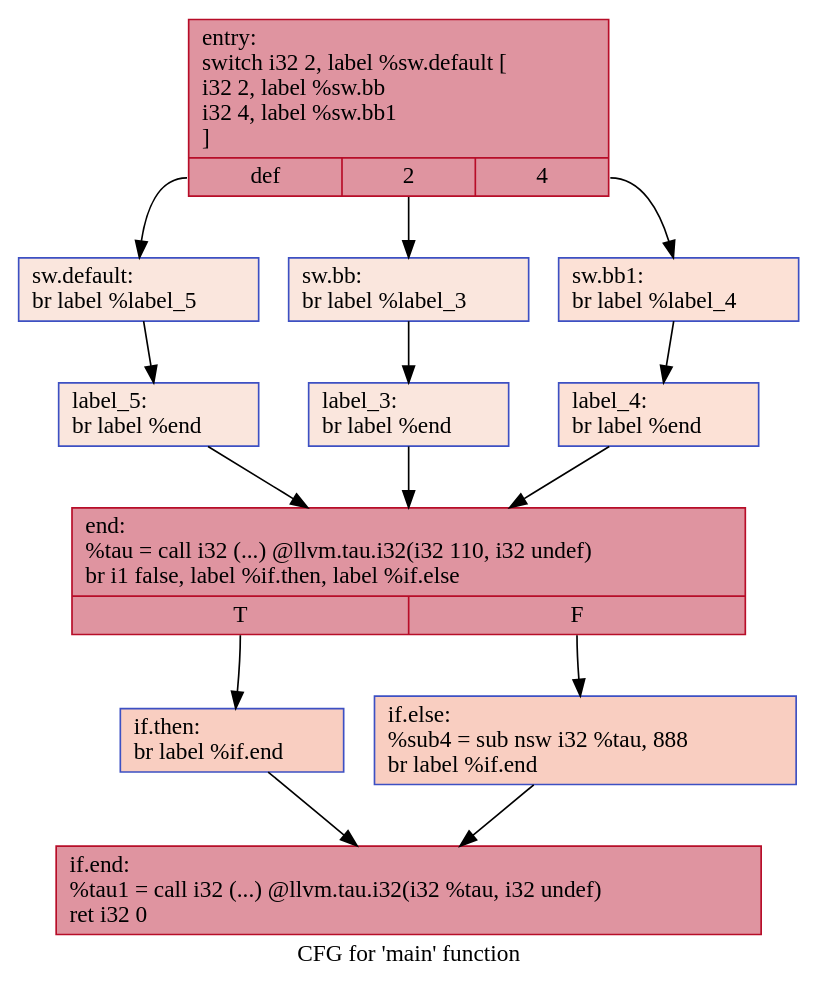
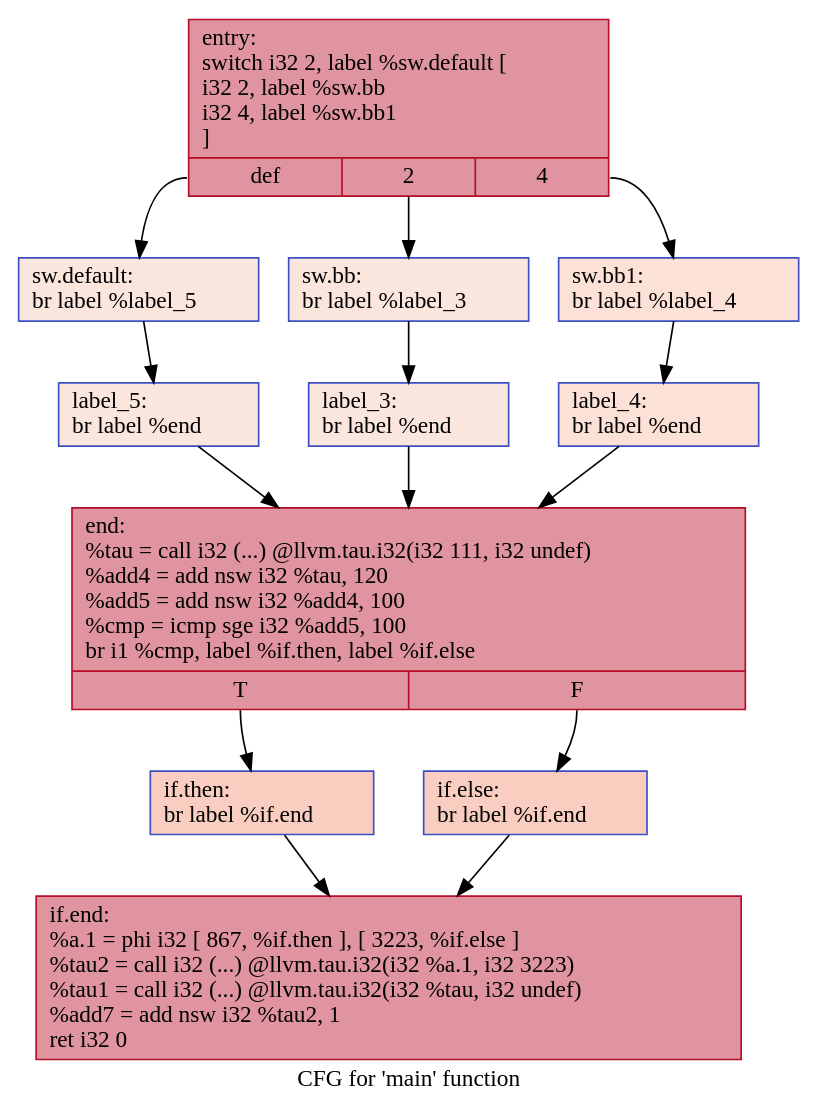
The diagram in IR/cfg/specSCCP_HPSSA.dot (HPSSA-LLVM/HPSSA-LLVM), drawn with Graphviz before and after one commit. The commit also changed 28 other files, not shown here.

```diff
--- a/IR/cfg/specSCCP_HPSSA.dot
+++ b/IR/cfg/specSCCP_HPSSA.dot
@@ -1,28 +1,28 @@
 digraph "CFG for 'main' function" {
 	label="CFG for 'main' function";
 
-	Node0x55ebb1adc7d0 [shape=record,color="#b70d28ff", style=filled, fillcolor="#b70d2870",label="{entry:\l  switch i32 2, label %sw.default [\l    i32 2, label %sw.bb\l    i32 4, label %sw.bb1\l  ]\l|{<s0>def|<s1>2|<s2>4}}"];
-	Node0x55ebb1adc7d0:s0 -> Node0x55ebb1adc900;
-	Node0x55ebb1adc7d0:s1 -> Node0x55ebb1adc980;
-	Node0x55ebb1adc7d0:s2 -> Node0x55ebb1adca20;
-	Node0x55ebb1adc980 [shape=record,color="#3d50c3ff", style=filled, fillcolor="#f3c7b170",label="{sw.bb:                                            \l  br label %label_3\l}"];
-	Node0x55ebb1adc980 -> Node0x55ebb1adcbb0;
-	Node0x55ebb1adca20 [shape=record,color="#3d50c3ff", style=filled, fillcolor="#f7bca170",label="{sw.bb1:                                           \l  br label %label_4\l}"];
-	Node0x55ebb1adca20 -> Node0x55ebb1adcc90;
-	Node0x55ebb1adc900 [shape=record,color="#3d50c3ff", style=filled, fillcolor="#f3c7b170",label="{sw.default:                                       \l  br label %label_5\l}"];
-	Node0x55ebb1adc900 -> Node0x55ebb1adcd70;
-	Node0x55ebb1adcbb0 [shape=record,color="#3d50c3ff", style=filled, fillcolor="#f3c7b170",label="{label_3:                                          \l  br label %end\l}"];
-	Node0x55ebb1adcbb0 -> Node0x55ebb1adce50;
-	Node0x55ebb1adcc90 [shape=record,color="#3d50c3ff", style=filled, fillcolor="#f7bca170",label="{label_4:                                          \l  br label %end\l}"];
-	Node0x55ebb1adcc90 -> Node0x55ebb1adce50;
-	Node0x55ebb1adcd70 [shape=record,color="#3d50c3ff", style=filled, fillcolor="#f3c7b170",label="{label_5:                                          \l  br label %end\l}"];
-	Node0x55ebb1adcd70 -> Node0x55ebb1adce50;
-	Node0x55ebb1adce50 [shape=record,color="#b70d28ff", style=filled, fillcolor="#b70d2870",label="{end:                                              \l  %tau = call i32 (...) @llvm.tau.i32(i32 110, i32 undef)\l  br i1 false, label %if.then, label %if.else\l|{<s0>T|<s1>F}}"];
-	Node0x55ebb1adce50:s0 -> Node0x55ebb1add690;
-	Node0x55ebb1adce50:s1 -> Node0x55ebb1add700;
-	Node0x55ebb1add690 [shape=record,color="#3d50c3ff", style=filled, fillcolor="#f2907270",label="{if.then:                                          \l  br label %if.end\l}"];
-	Node0x55ebb1add690 -> Node0x55ebb1add820;
-	Node0x55ebb1add700 [shape=record,color="#3d50c3ff", style=filled, fillcolor="#f2907270",label="{if.else:                                          \l  %sub4 = sub nsw i32 %tau, 888\l  br label %if.end\l}"];
-	Node0x55ebb1add700 -> Node0x55ebb1add820;
-	Node0x55ebb1add820 [shape=record,color="#b70d28ff", style=filled, fillcolor="#b70d2870",label="{if.end:                                           \l  %tau1 = call i32 (...) @llvm.tau.i32(i32 %tau, i32 undef)\l  ret i32 0\l}"];
+	Node0x5646b44a08a0 [shape=record,color="#b70d28ff", style=filled, fillcolor="#b70d2870",label="{entry:\l  switch i32 2, label %sw.default [\l    i32 2, label %sw.bb\l    i32 4, label %sw.bb1\l  ]\l|{<s0>def|<s1>2|<s2>4}}"];
+	Node0x5646b44a08a0:s0 -> Node0x5646b44a09d0;
+	Node0x5646b44a08a0:s1 -> Node0x5646b44a0a50;
+	Node0x5646b44a08a0:s2 -> Node0x5646b44a0af0;
+	Node0x5646b44a0a50 [shape=record,color="#3d50c3ff", style=filled, fillcolor="#f3c7b170",label="{sw.bb:                                            \l  br label %label_3\l}"];
+	Node0x5646b44a0a50 -> Node0x5646b44a0c80;
+	Node0x5646b44a0af0 [shape=record,color="#3d50c3ff", style=filled, fillcolor="#f7bca170",label="{sw.bb1:                                           \l  br label %label_4\l}"];
+	Node0x5646b44a0af0 -> Node0x5646b44a0d60;
+	Node0x5646b44a09d0 [shape=record,color="#3d50c3ff", style=filled, fillcolor="#f3c7b170",label="{sw.default:                                       \l  br label %label_5\l}"];
+	Node0x5646b44a09d0 -> Node0x5646b44a0e40;
+	Node0x5646b44a0c80 [shape=record,color="#3d50c3ff", style=filled, fillcolor="#f3c7b170",label="{label_3:                                          \l  br label %end\l}"];
+	Node0x5646b44a0c80 -> Node0x5646b44a0f20;
+	Node0x5646b44a0d60 [shape=record,color="#3d50c3ff", style=filled, fillcolor="#f7bca170",label="{label_4:                                          \l  br label %end\l}"];
+	Node0x5646b44a0d60 -> Node0x5646b44a0f20;
+	Node0x5646b44a0e40 [shape=record,color="#3d50c3ff", style=filled, fillcolor="#f3c7b170",label="{label_5:                                          \l  br label %end\l}"];
+	Node0x5646b44a0e40 -> Node0x5646b44a0f20;
+	Node0x5646b44a0f20 [shape=record,color="#b70d28ff", style=filled, fillcolor="#b70d2870",label="{end:                                              \l  %tau = call i32 (...) @llvm.tau.i32(i32 111, i32 undef)\l  %add4 = add nsw i32 %tau, 120\l  %add5 = add nsw i32 %add4, 100\l  %cmp = icmp sge i32 %add5, 100\l  br i1 %cmp, label %if.then, label %if.else\l|{<s0>T|<s1>F}}"];
+	Node0x5646b44a0f20:s0 -> Node0x5646b44a19a0;
+	Node0x5646b44a0f20:s1 -> Node0x5646b44a1bb0;
+	Node0x5646b44a19a0 [shape=record,color="#3d50c3ff", style=filled, fillcolor="#f2907270",label="{if.then:                                          \l  br label %if.end\l}"];
+	Node0x5646b44a19a0 -> Node0x5646b44a1cd0;
+	Node0x5646b44a1bb0 [shape=record,color="#3d50c3ff", style=filled, fillcolor="#f2907270",label="{if.else:                                          \l  br label %if.end\l}"];
+	Node0x5646b44a1bb0 -> Node0x5646b44a1cd0;
+	Node0x5646b44a1cd0 [shape=record,color="#b70d28ff", style=filled, fillcolor="#b70d2870",label="{if.end:                                           \l  %a.1 = phi i32 [ 867, %if.then ], [ 3223, %if.else ]\l  %tau2 = call i32 (...) @llvm.tau.i32(i32 %a.1, i32 3223)\l  %tau1 = call i32 (...) @llvm.tau.i32(i32 %tau, i32 undef)\l  %add7 = add nsw i32 %tau2, 1\l  ret i32 0\l}"];
 }
```
